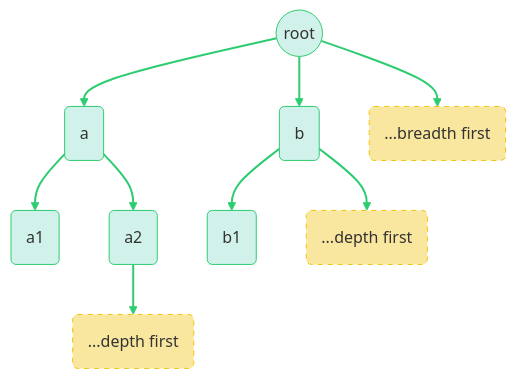
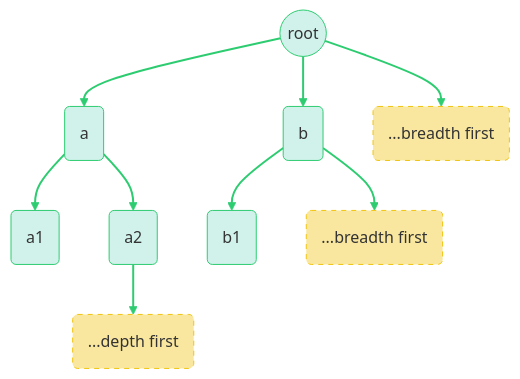
The diagram in experiments/object-pagination/readme.md (zekenie/workbench), drawn with Mermaid before and after one commit.

````diff
--- a/experiments/object-pagination/readme.md
+++ b/experiments/object-pagination/readme.md
@@ -3,21 +3,21 @@
 ```mermaid
 graph TD
     root((root)) --> A(a)
     root --> B(b)
     root --> C(...breadth first)
     A --> A1(a1)
     A --> A2(a2)
     A2 --> A21("...depth first")
     B --> B1(b1)
-    B --> B2(...depth first)
+    B --> B2(...breadth first)
 
     classDef normal fill:#d1f2eb,stroke:#2ecc71;
     classDef wideMore fill:#f9e79f,stroke:#f1c40f,stroke-dasharray: 5 5;
     classDef deepMore fill:#f9e79f,stroke:#f1c40f,stroke-dasharray: 5 5;
 
     class root,A,B,A1,A2,B1 normal;
     class C wideMore;
     class A21,B2 deepMore;
 
     linkStyle default stroke:#2ecc71,stroke-width:2px;
 ```
````
